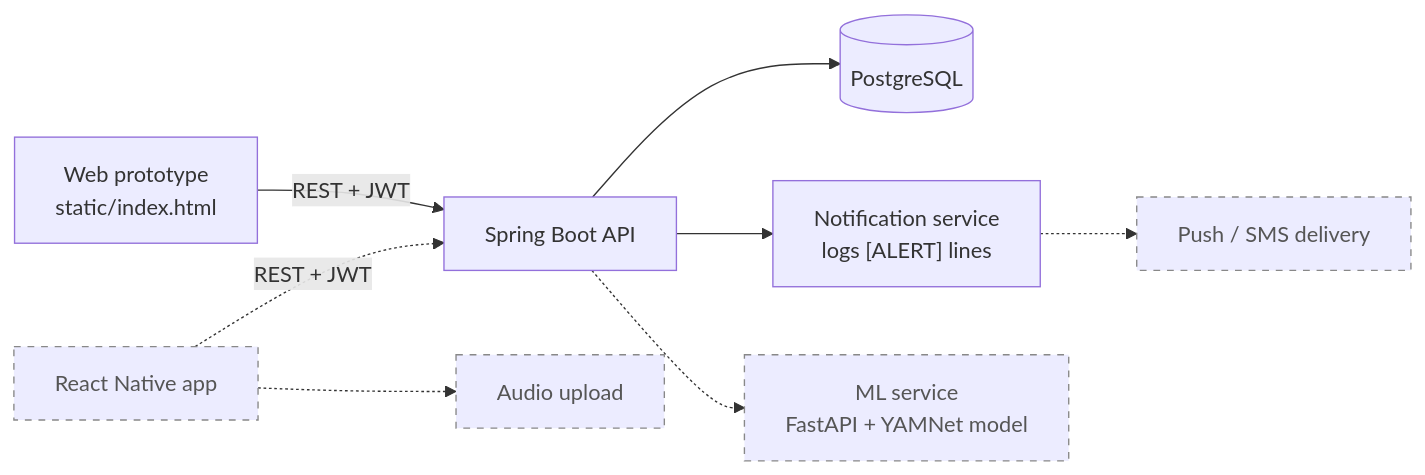
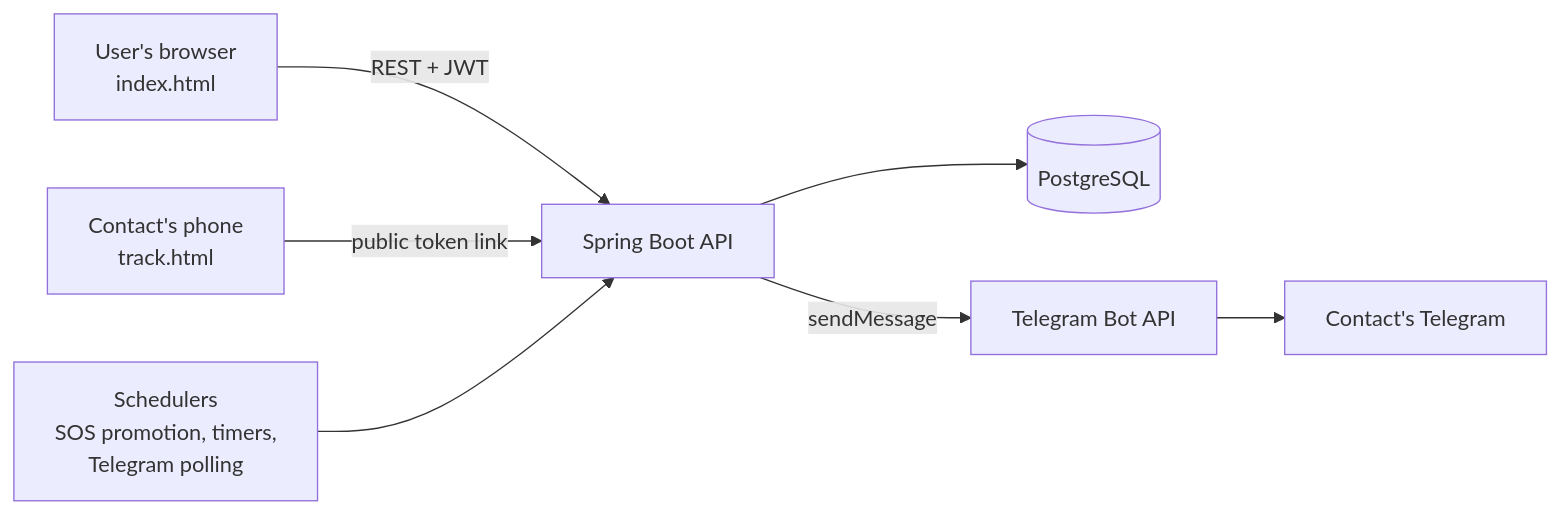
The first of 2 diagrams in README.md (IshaShrivastava25/Companio), drawn with Mermaid before and after one commit. The commit also changed other lines of this file, not shown here.

````diff
--- a/README.md
+++ b/README.md
@@ -30,13 +19,9 @@
 ```mermaid
 flowchart LR
-    Web["Web prototype<br/>static/index.html"] -->|REST + JWT| API["Spring Boot API"]
-    API --> DB[("PostgreSQL")]
-    API --> Notify["Notification service<br/>logs [ALERT] lines"]
-    App["React Native app"] -.->|REST + JWT| API
-    Notify -.-> Push["Push / SMS delivery"]
-    API -.-> ML["ML service<br/>FastAPI + YAMNet model"]
-    App -.-> Audio["Audio upload"]
-
-    classDef planned stroke-dasharray: 5 5,stroke:#888,color:#555;
-    class App,Push,ML,Audio planned;
+    U[User's browser<br/>index.html] -->|REST + JWT| API[Spring Boot API]
+    C[Contact's phone<br/>track.html] -->|public token link| API
+    API --> DB[(PostgreSQL)]
+    API -->|sendMessage| TG[Telegram Bot API]
+    TG --> CP[Contact's Telegram]
+    SCH[Schedulers<br/>SOS promotion, timers,<br/>Telegram polling] --> API
 ```
````
